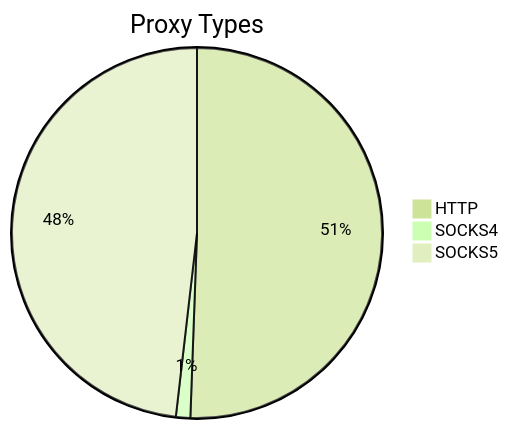
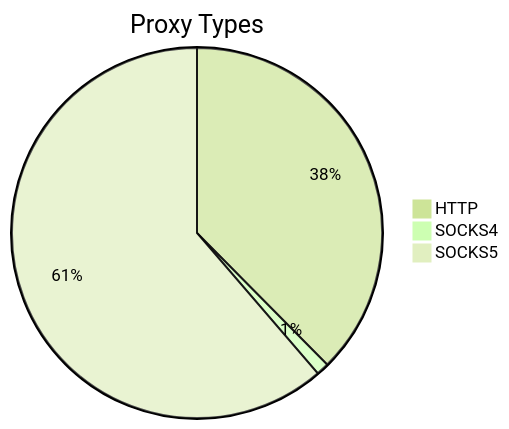
Before and after one commit to stormsia/proxy-list: the first of 2 diagrams in README.md, drawn with Mermaid (forest theme). The commit also changed other lines of this file, not shown here.

````diff
--- a/README.md
+++ b/README.md
@@ -21,6 +21,6 @@
 ```mermaid
 pie title Proxy Types
-    "HTTP" : 886
-    "SOCKS4" : 22
-    "SOCKS5" : 844
+    "HTTP" : 781
+    "SOCKS4" : 23
+    "SOCKS5" : 1274
 ```
````
